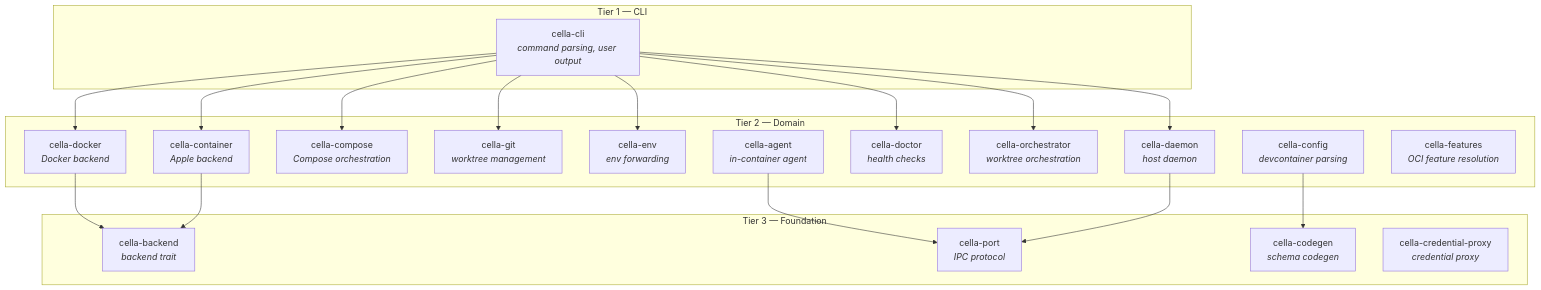
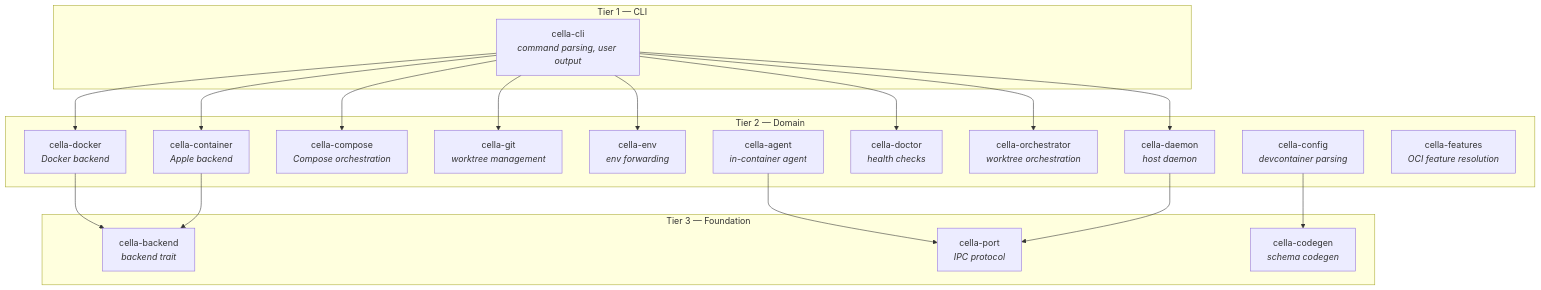
The diagram in docs/architecture.md (eve0415/cella), drawn with Mermaid before and after one commit. The commit also changed other lines of this file and 36 other files, not shown here.

First line of the commit message:
refactor: remove legacy credential proxy, use agent-based forwarding

````diff
--- a/docs/architecture.md
+++ b/docs/architecture.md
@@ -5,32 +5,31 @@
 ```mermaid
 graph TD
     subgraph "Tier 1 — CLI"
         cli[cella-cli<br><i>command parsing, user output</i>]
     end
 
     subgraph "Tier 2 — Domain"
         docker[cella-docker<br><i>Docker backend</i>]
         container[cella-container<br><i>Apple backend</i>]
         compose[cella-compose<br><i>Compose orchestration</i>]
         git[cella-git<br><i>worktree management</i>]
         env[cella-env<br><i>env forwarding</i>]
         daemon[cella-daemon<br><i>host daemon</i>]
         doctor[cella-doctor<br><i>health checks</i>]
         orchestrator[cella-orchestrator<br><i>worktree orchestration</i>]
         agent[cella-agent<br><i>in-container agent</i>]
         config[cella-config<br><i>devcontainer parsing</i>]
         features[cella-features<br><i>OCI feature resolution</i>]
     end
 
     subgraph "Tier 3 — Foundation"
         backend[cella-backend<br><i>backend trait</i>]
         port[cella-port<br><i>IPC protocol</i>]
         codegen[cella-codegen<br><i>schema codegen</i>]
-        credproxy[cella-credential-proxy<br><i>credential proxy</i>]
     end
 
     cli --> docker & container & compose & git & env & daemon & doctor & orchestrator
     docker & container --> backend
     agent & daemon --> port
     config --> codegen
 ```
````
